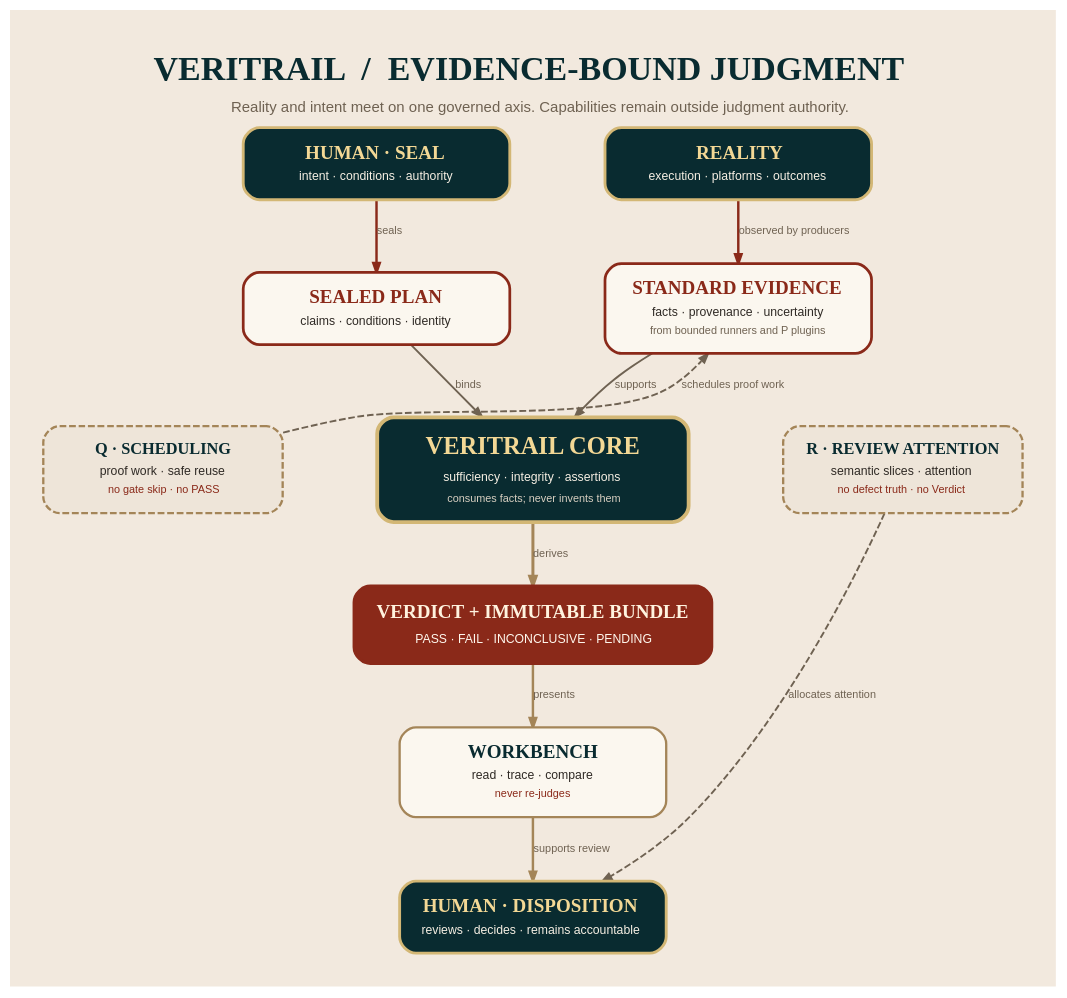
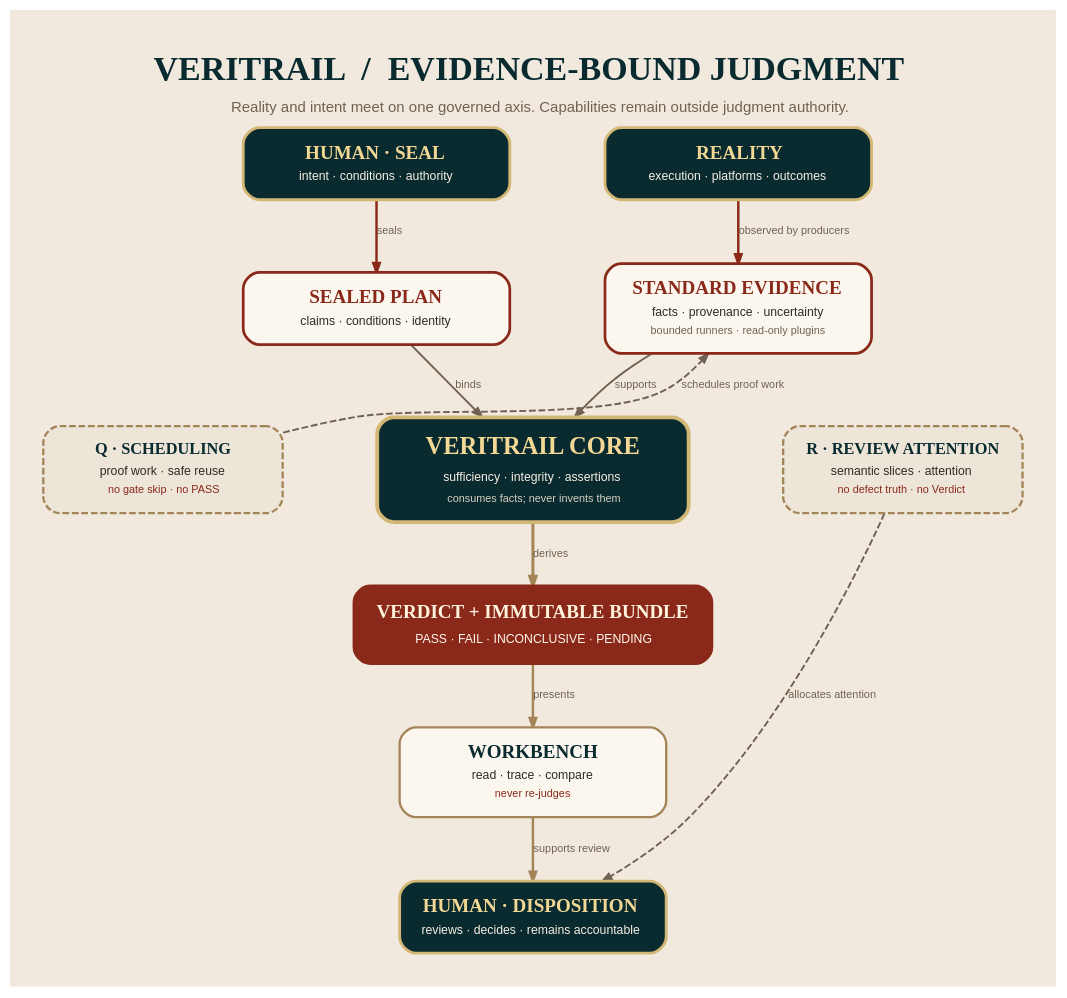
Before and after one commit to NoctilumeDev/VeriTrail: the diagram in docs/assets/veritrail-architecture.dot, drawn with Graphviz. The commit also changed 7 other files, not shown here.

```diff
--- a/docs/assets/veritrail-architecture.dot
+++ b/docs/assets/veritrail-architecture.dot
@@ -1,138 +1,138 @@
 digraph VeriTrailArchitecture {
   graph [
     rankdir=TB,
     newrank=true,
     bgcolor="#f2e9de",
     pad="0.34",
     margin="0",
     nodesep="0.48",
     ranksep="0.52",
     splines=spline,
     outputorder=edgesfirst,
     fontname="Georgia",
     fontcolor="#2f2a25",
     labelloc=t,
     label=<<TABLE BORDER="0" CELLBORDER="0" CELLPADDING="2"><TR><TD><FONT FACE="Georgia" POINT-SIZE="25" COLOR="#092b30"><B>VERITRAIL  /  EVIDENCE-BOUND JUDGMENT</B></FONT></TD></TR><TR><TD><FONT FACE="Arial" POINT-SIZE="11" COLOR="#6f6252">Reality and intent meet on one governed axis. Capabilities remain outside judgment authority.</FONT></TD></TR></TABLE>>
   ];
 
   node [
     shape=rect,
     style="rounded,filled",
     color="#a48558",
     fillcolor="#fbf7ef",
     fontcolor="#2f2a25",
     fontname="Arial",
     fontsize=10,
     penwidth=1.7,
     margin="0.16,0.13"
   ];
 
   edge [
     color="#6f6252",
     fontcolor="#6f6252",
     fontname="Arial",
     fontsize=8,
     penwidth=1.4,
     arrowsize=0.68
   ];
 
   human_seal [
     width=2.72,
     color="#d3b775",
     fillcolor="#092b30",
     fontcolor="#f6efe3",
     penwidth=2.1,
     label=<<TABLE BORDER="0" CELLBORDER="0" CELLPADDING="1"><TR><TD><FONT FACE="Georgia" POINT-SIZE="14" COLOR="#f3d895"><B>HUMAN · SEAL</B></FONT></TD></TR><TR><TD><FONT POINT-SIZE="9" COLOR="#f6efe3">intent · conditions · authority</FONT></TD></TR></TABLE>>
   ];
 
   reality [
     width=2.72,
     color="#d3b775",
     fillcolor="#092b30",
     fontcolor="#f6efe3",
     penwidth=2.1,
     label=<<TABLE BORDER="0" CELLBORDER="0" CELLPADDING="1"><TR><TD><FONT FACE="Georgia" POINT-SIZE="14" COLOR="#f3d895"><B>REALITY</B></FONT></TD></TR><TR><TD><FONT POINT-SIZE="9" COLOR="#f6efe3">execution · platforms · outcomes</FONT></TD></TR></TABLE>>
   ];
 
   plan [
     width=2.72,
     color="#8a2919",
     penwidth=2.0,
     label=<<TABLE BORDER="0" CELLBORDER="0" CELLPADDING="1"><TR><TD><FONT FACE="Georgia" POINT-SIZE="14" COLOR="#8a2919"><B>SEALED PLAN</B></FONT></TD></TR><TR><TD><FONT POINT-SIZE="9">claims · conditions · identity</FONT></TD></TR></TABLE>>
   ];
 
   evidence [
     width=2.72,
     color="#8a2919",
     penwidth=2.0,
-    label=<<TABLE BORDER="0" CELLBORDER="0" CELLPADDING="1"><TR><TD><FONT FACE="Georgia" POINT-SIZE="14" COLOR="#8a2919"><B>STANDARD EVIDENCE</B></FONT></TD></TR><TR><TD><FONT POINT-SIZE="9">facts · provenance · uncertainty</FONT></TD></TR><TR><TD><FONT POINT-SIZE="8" COLOR="#6f6252">from bounded runners and P plugins</FONT></TD></TR></TABLE>>
+    label=<<TABLE BORDER="0" CELLBORDER="0" CELLPADDING="1"><TR><TD><FONT FACE="Georgia" POINT-SIZE="14" COLOR="#8a2919"><B>STANDARD EVIDENCE</B></FONT></TD></TR><TR><TD><FONT POINT-SIZE="9">facts · provenance · uncertainty</FONT></TD></TR><TR><TD><FONT POINT-SIZE="8" COLOR="#6f6252">bounded runners · read-only plugins</FONT></TD></TR></TABLE>>
   ];
 
   core [
     width=3.18,
     color="#d3b775",
     fillcolor="#092b30",
     fontcolor="#f6efe3",
     penwidth=2.8,
     label=<<TABLE BORDER="0" CELLBORDER="0" CELLPADDING="2"><TR><TD><FONT FACE="Georgia" POINT-SIZE="18" COLOR="#f3d895"><B>VERITRAIL CORE</B></FONT></TD></TR><TR><TD><FONT POINT-SIZE="9" COLOR="#f6efe3">sufficiency · integrity · assertions</FONT></TD></TR><TR><TD><FONT POINT-SIZE="8" COLOR="#d9d0c2">consumes facts; never invents them</FONT></TD></TR></TABLE>>
   ];
 
   quick [
     width=2.44,
     style="rounded,filled,dashed",
     fillcolor="#eee5d9",
     label=<<TABLE BORDER="0" CELLBORDER="0" CELLPADDING="1"><TR><TD><FONT FACE="Georgia" POINT-SIZE="12" COLOR="#092b30"><B>Q · SCHEDULING</B></FONT></TD></TR><TR><TD><FONT POINT-SIZE="9">proof work · safe reuse</FONT></TD></TR><TR><TD><FONT POINT-SIZE="8" COLOR="#8a2919">no gate skip · no PASS</FONT></TD></TR></TABLE>>
   ];
 
   review [
     width=2.44,
     style="rounded,filled,dashed",
     fillcolor="#eee5d9",
     label=<<TABLE BORDER="0" CELLBORDER="0" CELLPADDING="1"><TR><TD><FONT FACE="Georgia" POINT-SIZE="12" COLOR="#092b30"><B>R · REVIEW ATTENTION</B></FONT></TD></TR><TR><TD><FONT POINT-SIZE="9">semantic slices · attention</FONT></TD></TR><TR><TD><FONT POINT-SIZE="8" COLOR="#8a2919">no defect truth · no Verdict</FONT></TD></TR></TABLE>>
   ];
 
   verdict [
     width=3.18,
     color="#8a2919",
     fillcolor="#8a2919",
     fontcolor="#fff8ee",
     penwidth=2.2,
     label=<<TABLE BORDER="0" CELLBORDER="0" CELLPADDING="2"><TR><TD><FONT FACE="Georgia" POINT-SIZE="14" COLOR="#fff3df"><B>VERDICT + IMMUTABLE BUNDLE</B></FONT></TD></TR><TR><TD><FONT POINT-SIZE="9" COLOR="#fff8ee">PASS · FAIL · INCONCLUSIVE · PENDING</FONT></TD></TR></TABLE>>
   ];
 
   workbench [
     width=2.72,
     label=<<TABLE BORDER="0" CELLBORDER="0" CELLPADDING="1"><TR><TD><FONT FACE="Georgia" POINT-SIZE="14" COLOR="#092b30"><B>WORKBENCH</B></FONT></TD></TR><TR><TD><FONT POINT-SIZE="9">read · trace · compare</FONT></TD></TR><TR><TD><FONT POINT-SIZE="8" COLOR="#8a2919">never re-judges</FONT></TD></TR></TABLE>>
   ];
 
   human_review [
     width=2.72,
     color="#d3b775",
     fillcolor="#092b30",
     fontcolor="#f6efe3",
     penwidth=2.1,
     label=<<TABLE BORDER="0" CELLBORDER="0" CELLPADDING="1"><TR><TD><FONT FACE="Georgia" POINT-SIZE="14" COLOR="#f3d895"><B>HUMAN · DISPOSITION</B></FONT></TD></TR><TR><TD><FONT POINT-SIZE="9" COLOR="#f6efe3">reviews · decides · remains accountable</FONT></TD></TR></TABLE>>
   ];
 
   { rank=same; human_seal; reality; }
   { rank=same; plan; evidence; }
   { rank=same; quick; core; review; }
 
   human_seal -> reality [style=invis, weight=40];
   plan -> evidence [style=invis, weight=40];
   quick -> core [style=invis, weight=35];
   core -> review [style=invis, weight=35];
 
   human_seal -> plan [label="seals", color="#8a2919", penwidth=1.8];
   reality -> evidence [label="observed by producers", color="#8a2919", penwidth=1.8];
 
   plan -> core [label="binds", minlen=1];
   evidence -> core [label="supports", minlen=1];
 
   core -> verdict [label="derives", color="#a48558", penwidth=2.2];
   verdict -> workbench [label="presents", color="#a48558", penwidth=1.8];
   workbench -> human_review [label="supports review", color="#a48558", penwidth=1.8];
 
   quick -> evidence [label="schedules proof work", style=dashed, constraint=false];
   review -> human_review [label="allocates attention", style=dashed, constraint=false];
 }
```
